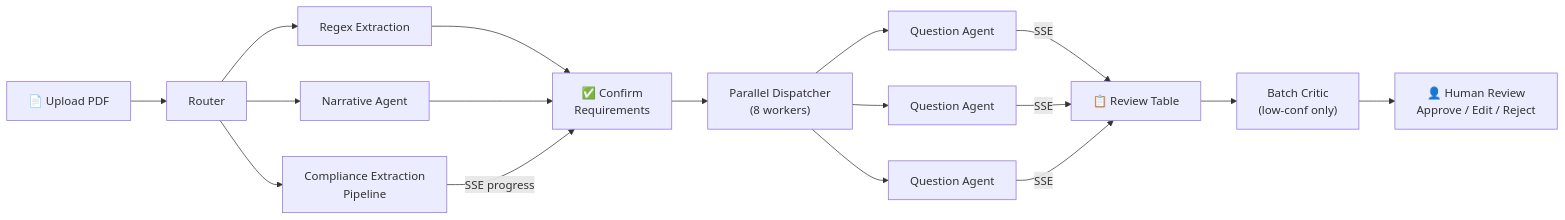
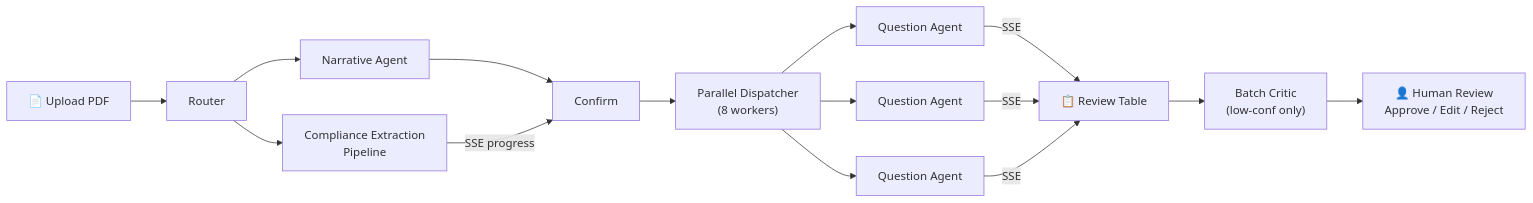
Before and after one commit to yuguang/readily: the first of 6 diagrams in README.md, drawn with Mermaid. The commit also changed other lines of this file and 3 other files, not shown here.

````diff
--- a/README.md
+++ b/README.md
@@ -9,19 +9,17 @@
 ```mermaid
 flowchart LR
     Upload["📄 Upload PDF"] --> Router
-    Router --> Structured["Regex Extraction"]
     Router --> Short["Narrative Agent"]
     Router --> Long["Compliance Extraction\nPipeline"]
-    Structured --> Confirm["✅ Confirm\nRequirements"]
     Short --> Confirm
     Long -->|SSE progress| Confirm
     Confirm --> Dispatcher["Parallel Dispatcher\n(8 workers)"]
     Dispatcher --> QA1["Question Agent"]
     Dispatcher --> QA2["Question Agent"]
     Dispatcher --> QAN["Question Agent"]
     QA1 -->|SSE| Review["📋 Review Table"]
     QA2 -->|SSE| Review
     QAN -->|SSE| Review
     Review --> Critic["Batch Critic\n(low-conf only)"]
     Critic --> HITL["👤 Human Review\nApprove / Edit / Reject"]
 ```
````
